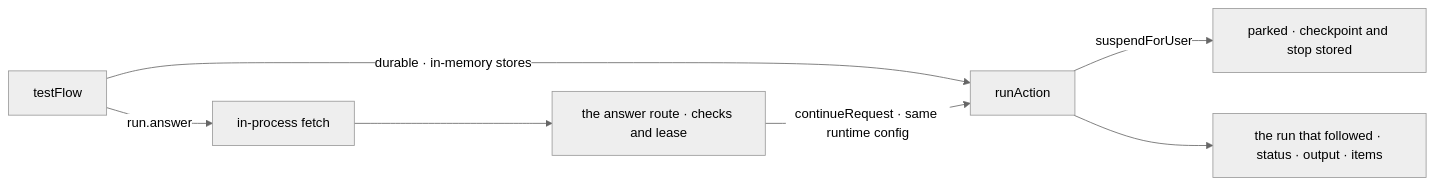
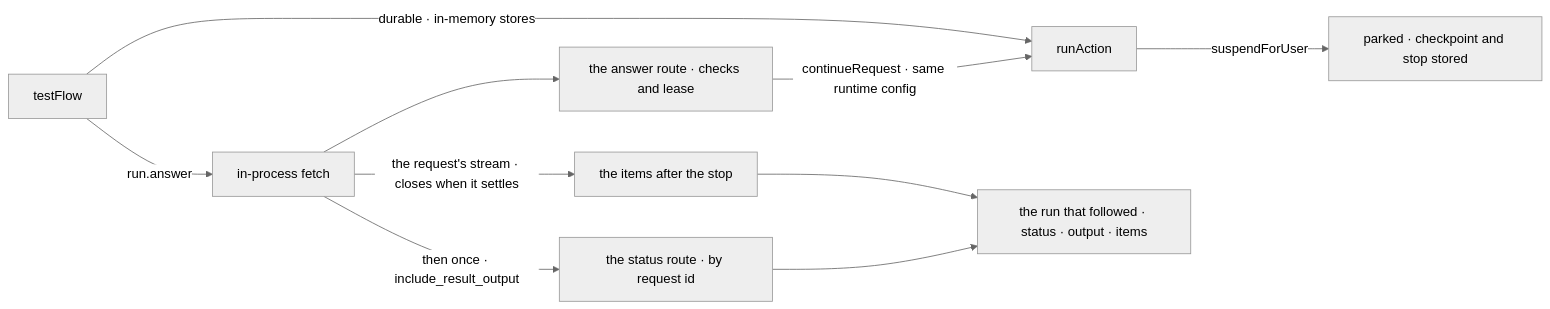
Before and after one commit to fixpoint-labs/flow-state-dev: the second of 2 diagrams in specs/issues/FIX-2460/SPEC.md, drawn with Mermaid (neutral theme). The commit also changed other lines of this file and 1 other file, not shown here.

````diff
--- a/specs/issues/FIX-2460/SPEC.md
+++ b/specs/issues/FIX-2460/SPEC.md
@@ -98,9 +99,12 @@
 ```mermaid
 flowchart LR
   T["testFlow"] -->|"durable · in-memory stores"| A["runAction"]
   A -->|"suspendForUser"| K["parked · checkpoint and stop stored"]
   T -->|"run.answer"| F["in-process fetch"]
   F --> R["the answer route · checks and lease"]
   R -->|"continueRequest · same runtime config"| A
-  A --> O["the run that followed · status · output · items"]
+  F -->|"the request's stream · closes when it settles"| N["the items after the stop"]
+  F -->|"then once · include_result_output"| ST["the status route · by request id"]
+  N --> O["the run that followed · status · output · items"]
+  ST --> O
 ```
````
